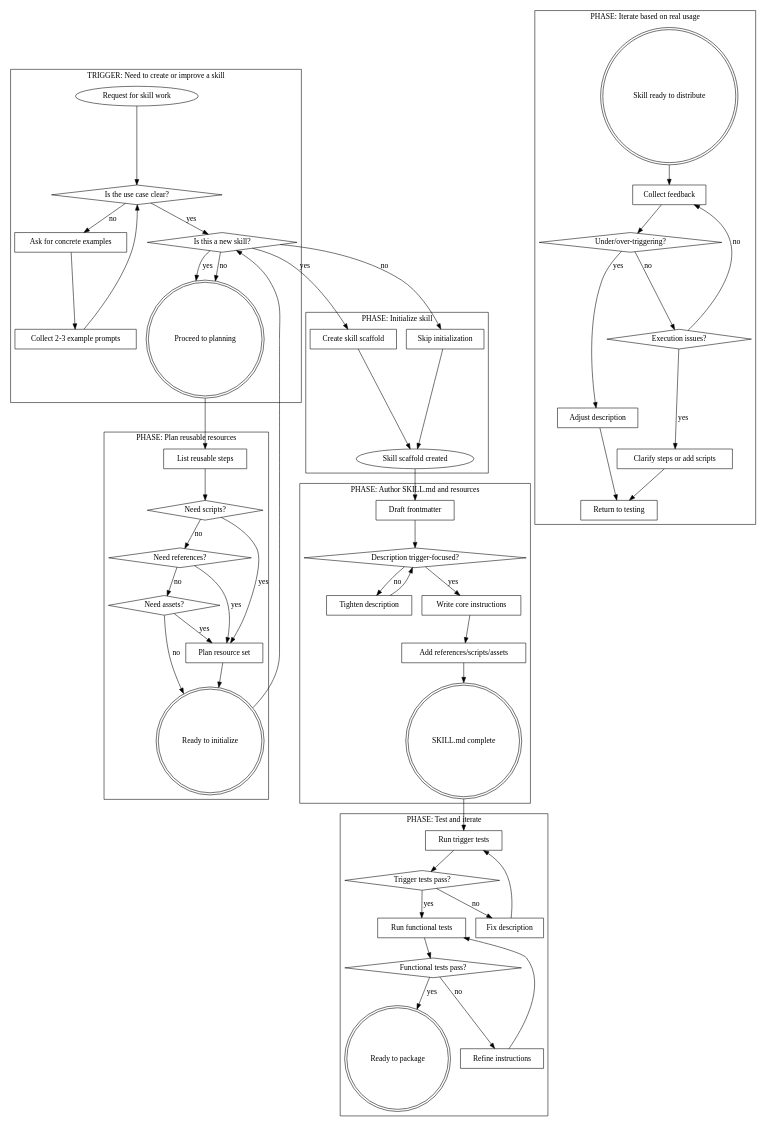
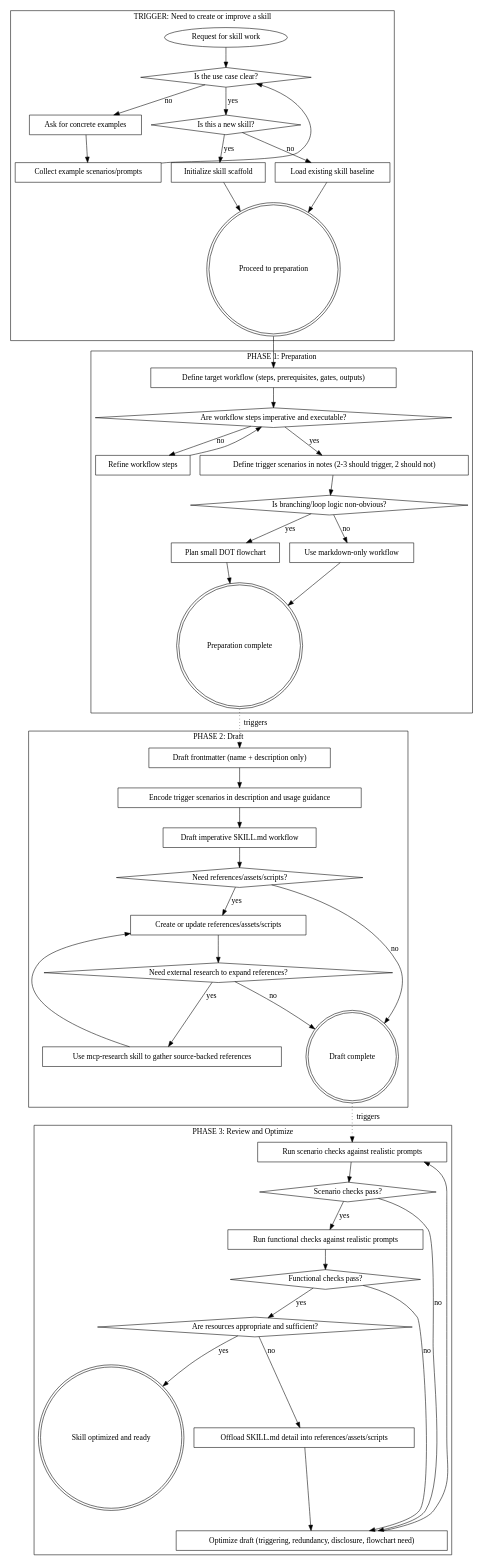
The diagram in skills/optimize-skills/references/skill-workflow.dot (ahgraber/skills), drawn with Graphviz before and after one commit. The commit also changed 3 other files, not shown here.

Commit message:
fix(optimize-skills): trigger tests should not be a section in the final output

```diff
--- a/skills/optimize-skills/references/skill-workflow.dot
+++ b/skills/optimize-skills/references/skill-workflow.dot
@@ -1,130 +1,106 @@
 digraph SKILL_WORKFLOW {
     // Workflow for building and maintaining skills
 
     // WHEN: Request to create or improve a skill
     subgraph cluster_start {
         label="TRIGGER: Need to create or improve a skill";
 
         "Request for skill work" [shape=ellipse];
         "Is the use case clear?" [shape=diamond];
         "Ask for concrete examples" [shape=box];
-        "Collect 2-3 example prompts" [shape=box];
+        "Collect example scenarios/prompts" [shape=box];
         "Is this a new skill?" [shape=diamond];
-        "Proceed to planning" [shape=doublecircle];
+        "Initialize skill scaffold" [shape=box];
+        "Load existing skill baseline" [shape=box];
+        "Proceed to preparation" [shape=doublecircle];
 
         "Request for skill work" -> "Is the use case clear?";
         "Is the use case clear?" -> "Ask for concrete examples" [label="no"];
-        "Ask for concrete examples" -> "Collect 2-3 example prompts";
-        "Collect 2-3 example prompts" -> "Is the use case clear?";
+        "Ask for concrete examples" -> "Collect example scenarios/prompts";
+        "Collect example scenarios/prompts" -> "Is the use case clear?";
         "Is the use case clear?" -> "Is this a new skill?" [label="yes"];
-        "Is this a new skill?" -> "Proceed to planning" [label="yes"];
-        "Is this a new skill?" -> "Proceed to planning" [label="no"];
+        "Is this a new skill?" -> "Initialize skill scaffold" [label="yes"];
+        "Is this a new skill?" -> "Load existing skill baseline" [label="no"];
+        "Initialize skill scaffold" -> "Proceed to preparation";
+        "Load existing skill baseline" -> "Proceed to preparation";
     }
 
-    // WHEN: Planning reusable resources
-    subgraph cluster_plan {
-        label="PHASE: Plan reusable resources";
+    // WHEN: Preparation before drafting
+    subgraph cluster_prepare {
+        label="PHASE 1: Preparation";
 
-        "Proceed to planning" [shape=doublecircle];
-        "List reusable steps" [shape=box];
-        "Need scripts?" [shape=diamond];
-        "Need references?" [shape=diamond];
-        "Need assets?" [shape=diamond];
-        "Plan resource set" [shape=box];
-        "Ready to initialize" [shape=doublecircle];
+        "Proceed to preparation" [shape=doublecircle];
+        "Define target workflow (steps, prerequisites, gates, outputs)" [shape=box];
+        "Are workflow steps imperative and executable?" [shape=diamond];
+        "Refine workflow steps" [shape=box];
+        "Define trigger scenarios in notes (2-3 should trigger, 2 should not)" [shape=box];
+        "Is branching/loop logic non-obvious?" [shape=diamond];
+        "Plan small DOT flowchart" [shape=box];
+        "Use markdown-only workflow" [shape=box];
+        "Preparation complete" [shape=doublecircle];
 
-        "Proceed to planning" -> "List reusable steps";
-        "List reusable steps" -> "Need scripts?";
-        "Need scripts?" -> "Need references?" [label="no"];
-        "Need scripts?" -> "Plan resource set" [label="yes"];
-        "Need references?" -> "Need assets?" [label="no"];
-        "Need references?" -> "Plan resource set" [label="yes"];
-        "Need assets?" -> "Plan resource set" [label="yes"];
-        "Need assets?" -> "Ready to initialize" [label="no"];
-        "Plan resource set" -> "Ready to initialize";
+        "Proceed to preparation" -> "Define target workflow (steps, prerequisites, gates, outputs)";
+        "Define target workflow (steps, prerequisites, gates, outputs)" -> "Are workflow steps imperative and executable?";
+        "Are workflow steps imperative and executable?" -> "Refine workflow steps" [label="no"];
+        "Refine workflow steps" -> "Are workflow steps imperative and executable?";
+        "Are workflow steps imperative and executable?" -> "Define trigger scenarios in notes (2-3 should trigger, 2 should not)" [label="yes"];
+        "Define trigger scenarios in notes (2-3 should trigger, 2 should not)" -> "Is branching/loop logic non-obvious?";
+        "Is branching/loop logic non-obvious?" -> "Plan small DOT flowchart" [label="yes"];
+        "Is branching/loop logic non-obvious?" -> "Use markdown-only workflow" [label="no"];
+        "Plan small DOT flowchart" -> "Preparation complete";
+        "Use markdown-only workflow" -> "Preparation complete";
     }
 
-    // WHEN: Initialize skill (new only)
-    subgraph cluster_init {
-        label="PHASE: Initialize skill";
+    // WHEN: Drafting the skill
+    subgraph cluster_draft {
+        label="PHASE 2: Draft";
 
-        "Ready to initialize" [shape=doublecircle];
-        "Is this a new skill?" [shape=diamond];
-        "Create skill scaffold" [shape=box];
-        "Skill scaffold created" [shape=ellipse];
-        "Skip initialization" [shape=box];
+        "Preparation complete" [shape=doublecircle];
+        "Draft frontmatter (name + description only)" [shape=box];
+        "Encode trigger scenarios in description and usage guidance" [shape=box];
+        "Draft imperative SKILL.md workflow" [shape=box];
+        "Need references/assets/scripts?" [shape=diamond];
+        "Create or update references/assets/scripts" [shape=box];
+        "Need external research to expand references?" [shape=diamond];
+        "Use mcp-research skill to gather source-backed references" [shape=box];
+        "Draft complete" [shape=doublecircle];
 
-        "Ready to initialize" -> "Is this a new skill?";
-        "Is this a new skill?" -> "Create skill scaffold" [label="yes"];
-        "Create skill scaffold" -> "Skill scaffold created";
-        "Is this a new skill?" -> "Skip initialization" [label="no"];
-        "Skip initialization" -> "Skill scaffold created";
+        "Preparation complete" -> "Draft frontmatter (name + description only)" [label="triggers", style=dotted];
+        "Draft frontmatter (name + description only)" -> "Encode trigger scenarios in description and usage guidance";
+        "Encode trigger scenarios in description and usage guidance" -> "Draft imperative SKILL.md workflow";
+        "Draft imperative SKILL.md workflow" -> "Need references/assets/scripts?";
+        "Need references/assets/scripts?" -> "Create or update references/assets/scripts" [label="yes"];
+        "Need references/assets/scripts?" -> "Draft complete" [label="no"];
+        "Create or update references/assets/scripts" -> "Need external research to expand references?";
+        "Need external research to expand references?" -> "Use mcp-research skill to gather source-backed references" [label="yes"];
+        "Need external research to expand references?" -> "Draft complete" [label="no"];
+        "Use mcp-research skill to gather source-backed references" -> "Create or update references/assets/scripts";
     }
 
-    // WHEN: Authoring
-    subgraph cluster_author {
-        label="PHASE: Author SKILL.md and resources";
+    // WHEN: Review and optimization pass
+    subgraph cluster_review {
+        label="PHASE 3: Review and Optimize";
 
-        "Skill scaffold created" [shape=ellipse];
-        "Draft frontmatter" [shape=box];
-        "Description trigger-focused?" [shape=diamond];
-        "Tighten description" [shape=box];
-        "Write core instructions" [shape=box];
-        "Add references/scripts/assets" [shape=box];
-        "SKILL.md complete" [shape=doublecircle];
+        "Draft complete" [shape=doublecircle];
+        "Run scenario checks against realistic prompts" [shape=box];
+        "Scenario checks pass?" [shape=diamond];
+        "Run functional checks against realistic prompts" [shape=box];
+        "Functional checks pass?" [shape=diamond];
+        "Are resources appropriate and sufficient?" [shape=diamond];
+        "Offload SKILL.md detail into references/assets/scripts" [shape=box];
+        "Optimize draft (triggering, redundancy, disclosure, flowchart need)" [shape=box];
+        "Skill optimized and ready" [shape=doublecircle];
 
-        "Skill scaffold created" -> "Draft frontmatter";
-        "Draft frontmatter" -> "Description trigger-focused?";
-        "Description trigger-focused?" -> "Tighten description" [label="no"];
-        "Tighten description" -> "Description trigger-focused?";
-        "Description trigger-focused?" -> "Write core instructions" [label="yes"];
-        "Write core instructions" -> "Add references/scripts/assets";
-        "Add references/scripts/assets" -> "SKILL.md complete";
-    }
-
-    // WHEN: Testing
-    subgraph cluster_test {
-        label="PHASE: Test and iterate";
-
-        "SKILL.md complete" [shape=doublecircle];
-        "Run trigger tests" [shape=box];
-        "Trigger tests pass?" [shape=diamond];
-        "Fix description" [shape=box];
-        "Run functional tests" [shape=box];
-        "Functional tests pass?" [shape=diamond];
-        "Refine instructions" [shape=box];
-        "Ready to package" [shape=doublecircle];
-
-        "SKILL.md complete" -> "Run trigger tests";
-        "Run trigger tests" -> "Trigger tests pass?";
-        "Trigger tests pass?" -> "Fix description" [label="no"];
-        "Fix description" -> "Run trigger tests";
-        "Trigger tests pass?" -> "Run functional tests" [label="yes"];
-        "Run functional tests" -> "Functional tests pass?";
-        "Functional tests pass?" -> "Refine instructions" [label="no"];
-        "Refine instructions" -> "Run functional tests";
-        "Functional tests pass?" -> "Ready to package" [label="yes"];
-    }
-
-    // WHEN: Iteration
-    subgraph cluster_iterate {
-        label="PHASE: Iterate based on real usage";
-
-        "Skill ready to distribute" [shape=doublecircle];
-        "Collect feedback" [shape=box];
-        "Under/over-triggering?" [shape=diamond];
-        "Adjust description" [shape=box];
-        "Execution issues?" [shape=diamond];
-        "Clarify steps or add scripts" [shape=box];
-        "Return to testing" [shape=box];
-
-        "Skill ready to distribute" -> "Collect feedback";
-        "Collect feedback" -> "Under/over-triggering?";
-        "Under/over-triggering?" -> "Adjust description" [label="yes"];
-        "Adjust description" -> "Return to testing";
-        "Under/over-triggering?" -> "Execution issues?" [label="no"];
-        "Execution issues?" -> "Clarify steps or add scripts" [label="yes"];
-        "Clarify steps or add scripts" -> "Return to testing";
-        "Execution issues?" -> "Collect feedback" [label="no"];
+        "Draft complete" -> "Run scenario checks against realistic prompts" [label="triggers", style=dotted];
+        "Run scenario checks against realistic prompts" -> "Scenario checks pass?";
+        "Scenario checks pass?" -> "Run functional checks against realistic prompts" [label="yes"];
+        "Scenario checks pass?" -> "Optimize draft (triggering, redundancy, disclosure, flowchart need)" [label="no"];
+        "Run functional checks against realistic prompts" -> "Functional checks pass?";
+        "Functional checks pass?" -> "Optimize draft (triggering, redundancy, disclosure, flowchart need)" [label="no"];
+        "Functional checks pass?" -> "Are resources appropriate and sufficient?" [label="yes"];
+        "Are resources appropriate and sufficient?" -> "Skill optimized and ready" [label="yes"];
+        "Are resources appropriate and sufficient?" -> "Offload SKILL.md detail into references/assets/scripts" [label="no"];
+        "Offload SKILL.md detail into references/assets/scripts" -> "Optimize draft (triggering, redundancy, disclosure, flowchart need)";
+        "Optimize draft (triggering, redundancy, disclosure, flowchart need)" -> "Run scenario checks against realistic prompts";
     }
 }
```
